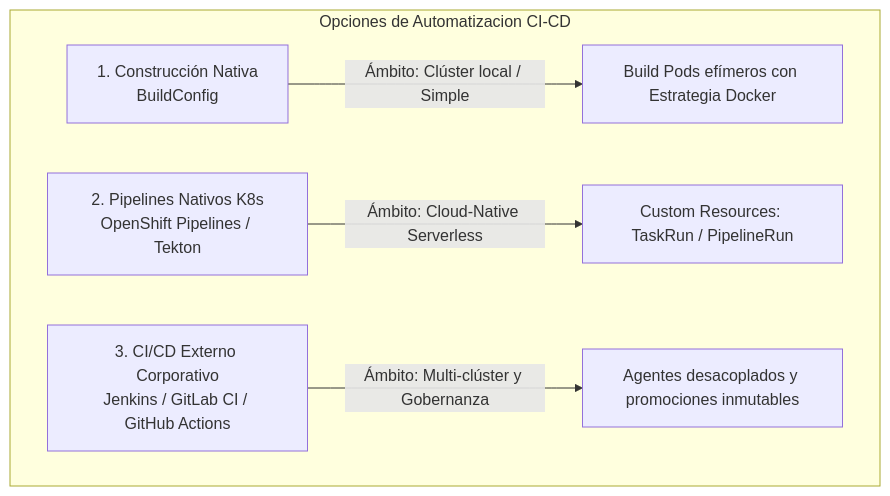
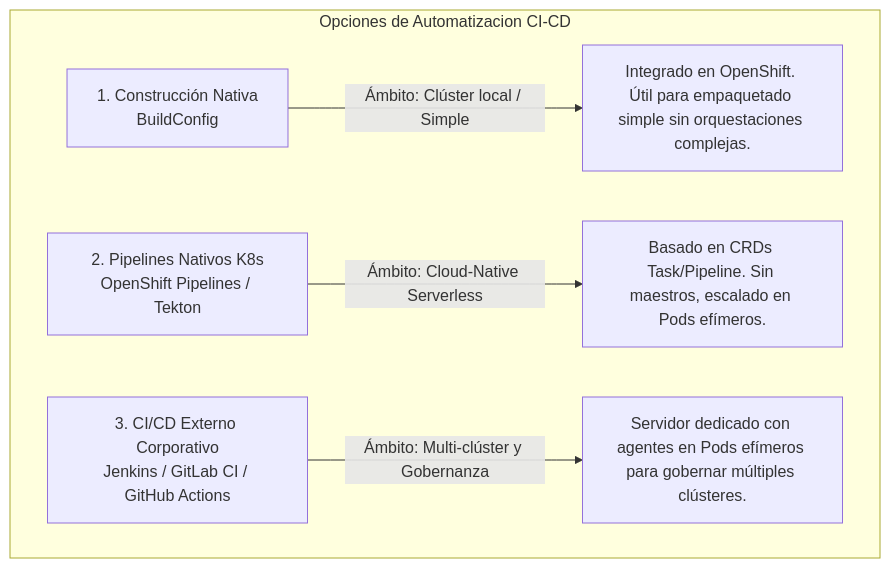
One commit to ieftraining/curso-openshift changed the fourth of 7 diagrams in docs/sesion4/4.7 Opciones de automatizacion.md. Above: the diagram before and after it, drawn with Mermaid. The commit also changed other lines of this file, not shown here.

````diff
--- a/docs/sesion4/4.7 Opciones de automatizacion.md
+++ b/docs/sesion4/4.7 Opciones de automatizacion.md
@@ -74,8 +111,8 @@
 ```mermaid
 flowchart TD
     subgraph Opciones de Automatizacion CI-CD
-        A[1. Construcción Nativa<br>BuildConfig] -->|Ámbito: Clúster local / Simple| A1[Build Pods efímeros con Estrategia Docker]
-        B[2. Pipelines Nativos K8s<br>OpenShift Pipelines / Tekton] -->|Ámbito: Cloud-Native Serverless| B1[Custom Resources: TaskRun / PipelineRun]
-        C[3. CI/CD Externo Corporativo<br>Jenkins / GitLab CI / GitHub Actions] -->|Ámbito: Multi-clúster y Gobernanza| C1[Agentes desacoplados y promociones inmutables]
+        A[1. Construcción Nativa<br>BuildConfig] -->|Ámbito: Clúster local / Simple| A1[Integrado en OpenShift. Útil para empaquetado simple sin orquestaciones complejas.]
+        B[2. Pipelines Nativos K8s<br>OpenShift Pipelines / Tekton] -->|Ámbito: Cloud-Native Serverless| B1[Basado en CRDs Task/Pipeline. Sin maestros, escalado en Pods efímeros.]
+        C[3. CI/CD Externo Corporativo<br>Jenkins / GitLab CI / GitHub Actions] -->|Ámbito: Multi-clúster y Gobernanza| C1[Servidor dedicado con agentes en Pods efímeros para gobernar múltiples clústeres.]
     end
 ```
````
